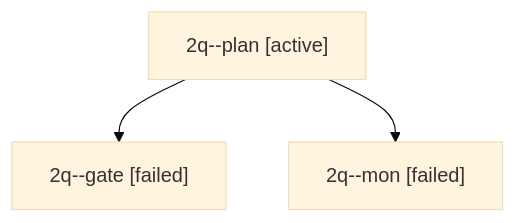
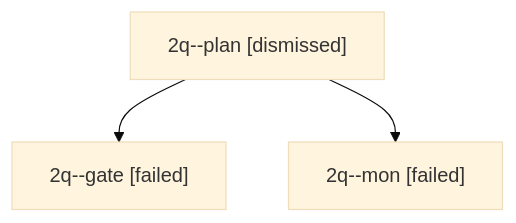
The diagram in sessions/bbugyi200.apollo.2q.md (bobs-org/bob-cli--agents), drawn with Mermaid (base theme) before and after one commit. The commit also changed other lines of this file and 25 other files, not shown here.

````diff
--- a/sessions/bbugyi200.apollo.2q.md
+++ b/sessions/bbugyi200.apollo.2q.md
@@ -9,8 +9,8 @@
 ```mermaid
 flowchart TD
-  n0["2q--plan [active]"]
+  n0["2q--plan [dismissed]"]
   n1["2q--gate [failed]"]
   n0 --> n1
   n2["2q--mon [failed]"]
   n0 --> n2
 ```
````
